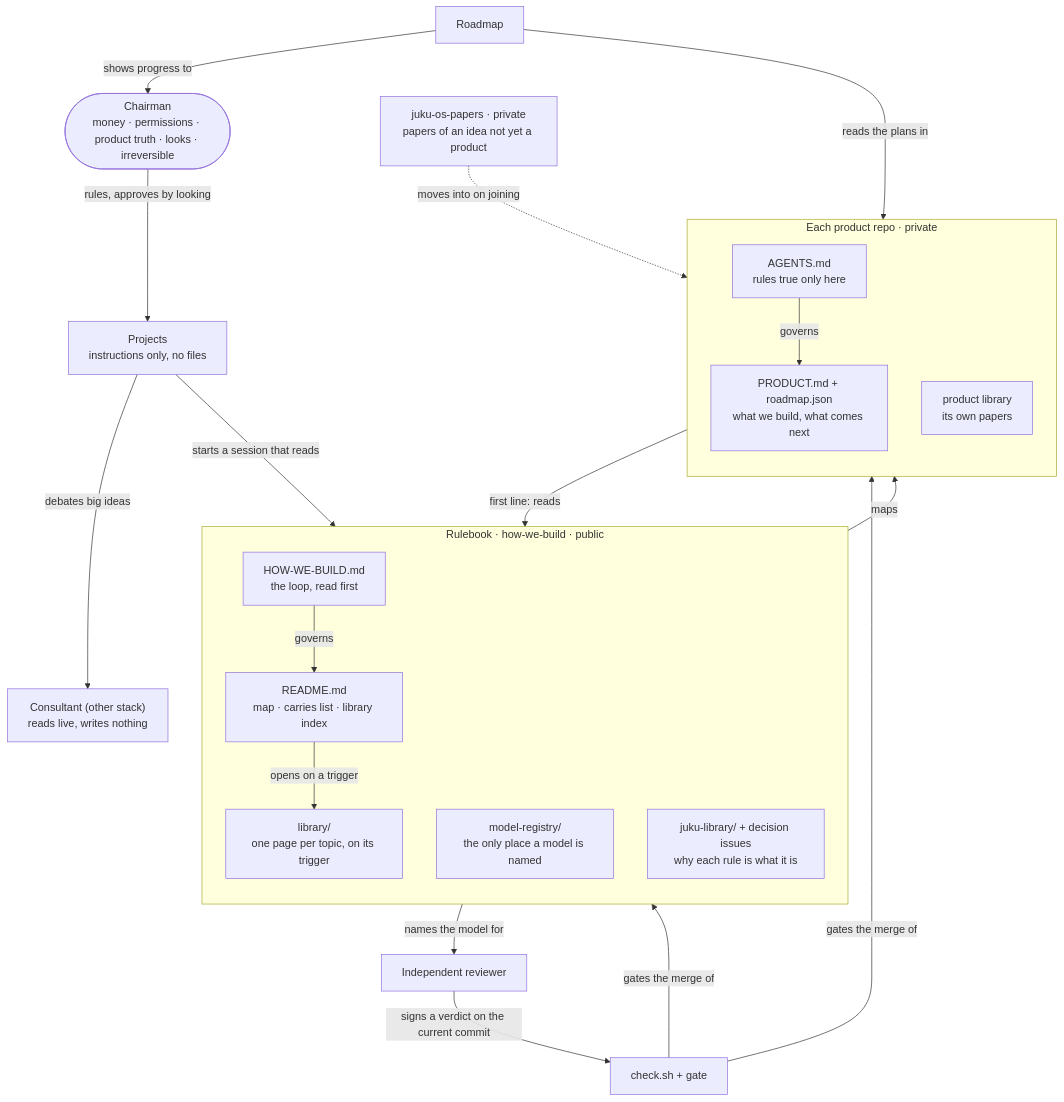
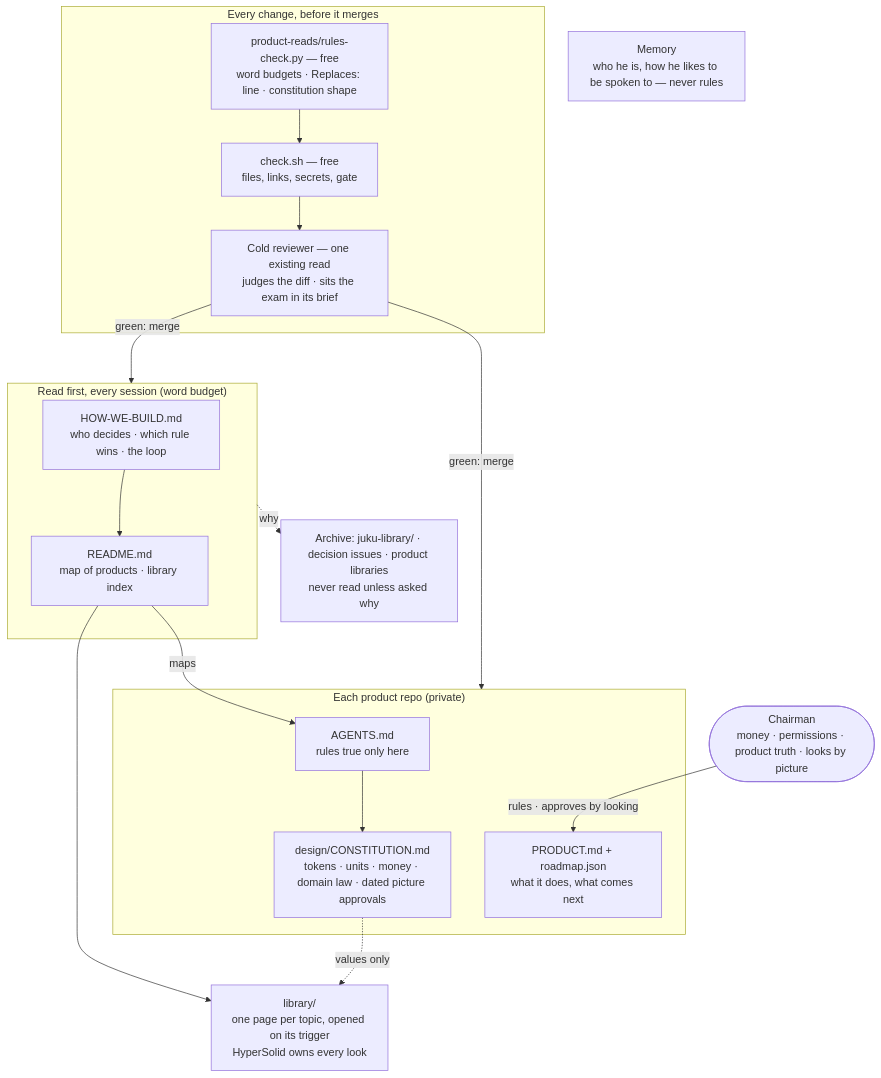
One commit to Adonis80/how-we-build changed the diagram in library/system-map.md. Above: the diagram before and after it, drawn with Mermaid. The commit also changed other lines of this file and 38 other files, not shown here.

First line of the commit message:
The rulebook audit's word cut: one home per rule, HyperSolid owns the look

````diff
--- a/library/system-map.md
+++ b/library/system-map.md
@@ -7,39 +7,30 @@
 ```mermaid
 flowchart TB
-  CH(["Chairman<br/>money · permissions · product truth · looks · irreversible"])
-  PJ["Projects<br/>instructions only, no files"]
-  CO["Consultant (other stack)<br/>reads live, writes nothing"]
-  subgraph RB["Rulebook · how-we-build · public"]
-    direction TB
-    HWB["HOW-WE-BUILD.md<br/>the loop, read first"]
-    RD["README.md<br/>map · carries list · library index"]
-    LIB["library/<br/>one page per topic, on its trigger"]
-    REG["model-registry/<br/>the only place a model is named"]
-    JL["juku-library/ + decision issues<br/>why each rule is what it is"]
+  CH(["Chairman<br/>money · permissions · product truth · looks by picture"])
+  subgraph READ["Read first, every session (word budget)"]
+    HWB["HOW-WE-BUILD.md<br/>who decides · which rule wins · the loop"]
+    RD["README.md<br/>map of products · library index"]
   end
-  subgraph PR["Each product repo · private"]
-    direction TB
+  LIB["library/<br/>one page per topic, opened on its trigger<br/>HyperSolid owns every look"]
+  subgraph PROD["Each product repo (private)"]
     AG["AGENTS.md<br/>rules true only here"]
-    PD["PRODUCT.md + roadmap.json<br/>what we build, what comes next"]
-    PL["product library<br/>its own papers"]
+    CON["design/CONSTITUTION.md<br/>tokens · units · money · domain law · dated picture approvals"]
+    PD["PRODUCT.md + roadmap.json<br/>what it does, what comes next"]
   end
-  PP["juku-os-papers · private<br/>papers of an idea not yet a product"]
-  RV["Independent reviewer"]
-  GT["check.sh + gate"]
-  BD["Roadmap"]
-  CH -- "rules, approves by looking" --> PJ
-  PJ -- "debates big ideas" --> CO
-  PJ -- "starts a session that reads" --> HWB
-  HWB -- "governs" --> RD
-  RD -- "opens on a trigger" --> LIB
+  ARC["Archive: juku-library/ · decision issues · product libraries<br/>never read unless asked why"]
+  MEM["Memory<br/>who he is, how he likes to be spoken to — never rules"]
+  subgraph CHECKS["Every change, before it merges"]
+    RC["product-reads/rules-check.py — free<br/>word budgets · Replaces: line · constitution shape"]
+    CK["check.sh — free<br/>files, links, secrets, gate"]
+    RV["Cold reviewer — one existing read<br/>judges the diff · sits the exam in its brief"]
+  end
+  CH -- "rules · approves by looking" --> PD
+  HWB --> RD --> LIB
   RD -- "maps" --> AG
-  AG -- "first line: reads" --> HWB
-  AG -- "governs" --> PD
-  REG -- "names the model for" --> RV
-  RV -- "signs a verdict on the current commit" --> GT
-  GT -- "gates the merge of" --> PD
-  GT -- "gates the merge of" --> RB
-  BD -- "reads the plans in" --> PD
-  BD -- "shows progress to" --> CH
-  PP -. "moves into on joining" .-> PL
+  AG --> CON
+  CON -. "values only" .-> LIB
+  RC --> CK --> RV
+  RV -- "green: merge" --> READ
+  RV -- "green: merge" --> PROD
+  READ -. "why" .-> ARC
 ```
````
